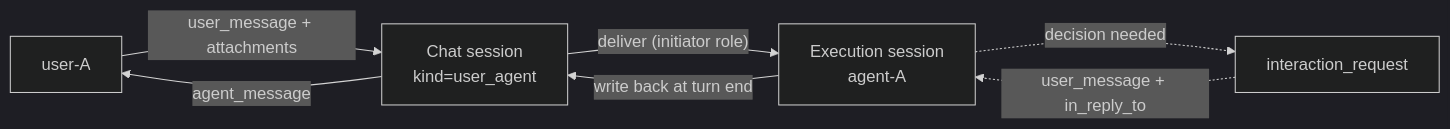
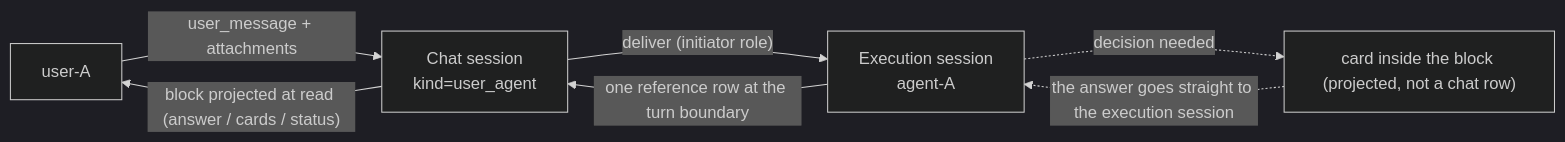
One commit to acowork/acowork changed the first of 10 diagrams in docs/design/en/27-intent-messaging-and-group-chat.md. Above: the diagram before and after it, drawn with Mermaid (dark theme). The commit also changed other lines of this file and 3 other files, not shown here.

````diff
--- a/docs/design/en/27-intent-messaging-and-group-chat.md
+++ b/docs/design/en/27-intent-messaging-and-group-chat.md
@@ -48,9 +50,9 @@
 ```mermaid
 graph LR
     U["user-A"] -->|"user_message + attachments"| CS["Chat session<br/>kind=user_agent"]
     CS -->|"deliver (initiator role)"| ES["Execution session<br/>agent-A"]
-    ES -->|"write back at turn end"| CS
-    CS -->|"agent_message"| U
-    ES -.->|"decision needed"| CARD["interaction_request"]
-    CARD -.->|"user_message + in_reply_to"| ES
+    ES -->|"one reference row at the turn boundary"| CS
+    CS -->|"block projected at read (answer / cards / status)"| U
+    ES -.->|"decision needed"| CARD["card inside the block (projected, not a chat row)"]
+    CARD -.->|"the answer goes straight to the execution session"| ES
 ```
````
